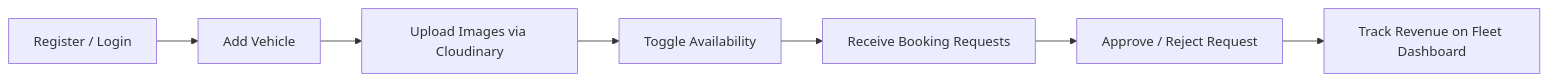
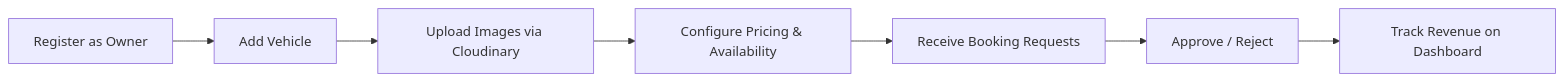
Before and after one commit to Om-Beast/RentX: the second of 3 diagrams in README.md, drawn with Mermaid. The commit also changed other lines of this file and 9 other files, not shown here.

````diff
--- a/README.md
+++ b/README.md
@@ -108,9 +104,9 @@
 ```mermaid
 flowchart LR
-    A[Register / Login] --> B[Add Vehicle]
+    A[Register as Owner] --> B[Add Vehicle]
     B --> C[Upload Images via Cloudinary]
-    C --> D[Toggle Availability]
+    C --> D[Configure Pricing & Availability]
     D --> E[Receive Booking Requests]
-    E --> F[Approve / Reject Request]
-    F --> G[Track Revenue on Fleet Dashboard]
+    E --> F[Approve / Reject]
+    F --> G[Track Revenue on Dashboard]
 ```
````
